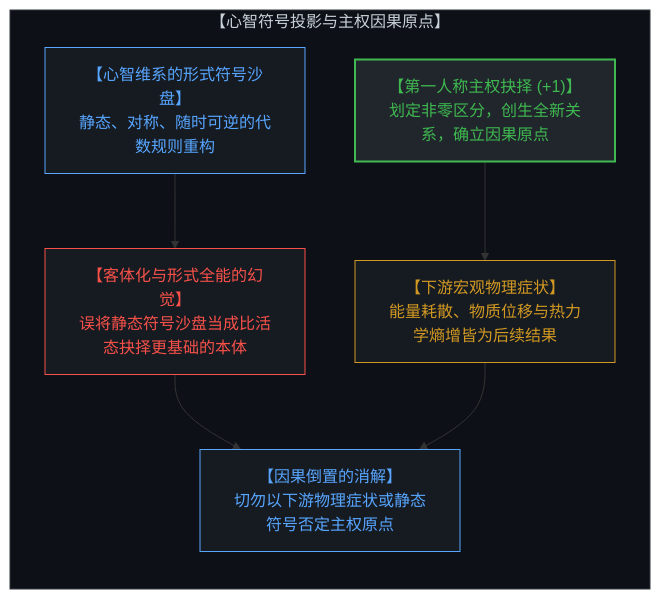
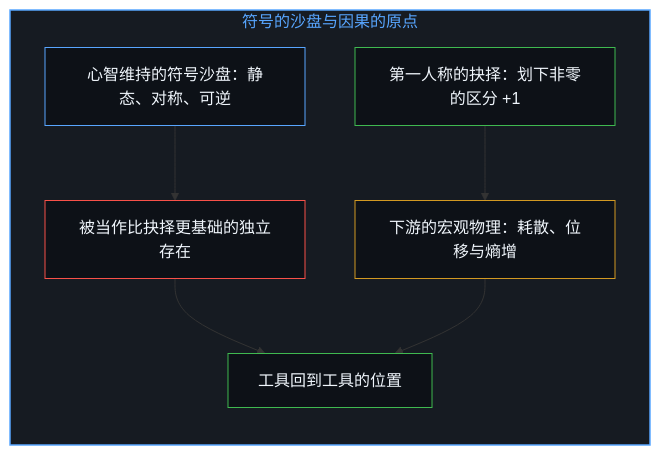
The first of 12 diagrams in content/posts/the-illusion-of-the-tool-and-the-inversion-of-time.md (powerpig99/not-a-toe), drawn with Mermaid before and after one commit. The commit also changed other lines of this file and 2 other files, not shown here.

Commit message:
Refine the-illusion-of-the-tool: alternating bilingual layout, six paired diagrams, continuity as the coherence of causality, implicit first person

````diff
--- a/content/posts/the-illusion-of-the-tool-and-the-inversion-of-time.md
+++ b/content/posts/the-illusion-of-the-tool-and-the-inversion-of-time.md
@@ -28,21 +21,22 @@
 ```mermaid
-graph TD
-    subgraph MindSymbolVsSovereignCut["【心智符号投影与主权因果原点】"]
+flowchart TD
+    subgraph S_Invert["符号的沙盘与因果的原点"]
         direction TB
-        MindSustainedSandbox["【心智维系的形式符号沙盘】<br>静态、对称、随时可逆的代数规则重构"]
-        ReificationIllusion["【客体化与形式全能的幻觉】<br>误将静态符号沙盘当成比活态抉择更基础的本体"]
-        SovereignOrigin["【第一人称主权抉择 (+1)】<br>划定非零区分，创生全新关系，确立因果原点"]
-        DownstreamPhysical["【下游宏观物理症状】<br>能量耗散、物质位移与热力学熵增皆为后续结果"]
-        TheFirstInversion["【因果倒置的消解】<br>切勿以下游物理症状或静态符号否定主权原点"]
-        MindSustainedSandbox --> ReificationIllusion
-        SovereignOrigin --> DownstreamPhysical
-        ReificationIllusion --> TheFirstInversion
-        DownstreamPhysical --> TheFirstInversion
+        Sandbox["心智维持的符号沙盘：静态、对称、可逆"]
+        Reify["被当作比抉择更基础的独立存在"]
+        Origin["第一人称的抉择：划下非零的区分 +1"]
+        Down["下游的宏观物理：耗散、位移与熵增"]
+        Place["工具回到工具的位置"]
+        Sandbox --> Reify
+        Origin --> Down
+        Reify --> Place
+        Down --> Place
     end
-    style MindSymbolVsSovereignCut fill:#0d1117,stroke:#30363d,stroke-width:1px,color:#c9d1d9
-    style MindSustainedSandbox fill:#161b22,stroke:#58a6ff,stroke-width:1px,color:#58a6ff
-    style ReificationIllusion fill:#161b22,stroke:#f85149,stroke-width:1px,color:#f85149
-    style SovereignOrigin fill:#21262d,stroke:#3fb950,stroke-width:2px,color:#3fb950
-    style DownstreamPhysical fill:#161b22,stroke:#d29922,stroke-width:1px,color:#d29922
-    style TheFirstInversion fill:#161b22,stroke:#58a6ff,stroke-width:1px,color:#58a6ff
+
+    style S_Invert fill:#161b22,stroke:#58a6ff,stroke-width:1.5px,color:#58a6ff
+    style Sandbox fill:#0d1117,stroke:#58a6ff,stroke-width:1px,color:#f0f6fc
+    style Reify fill:#0d1117,stroke:#f85149,stroke-width:1px,color:#f0f6fc
+    style Origin fill:#0d1117,stroke:#3fb950,stroke-width:1px,color:#f0f6fc
+    style Down fill:#0d1117,stroke:#d29922,stroke-width:1px,color:#f0f6fc
+    style Place fill:#0d1117,stroke:#3fb950,stroke-width:1px,color:#f0f6fc
 ```
````
